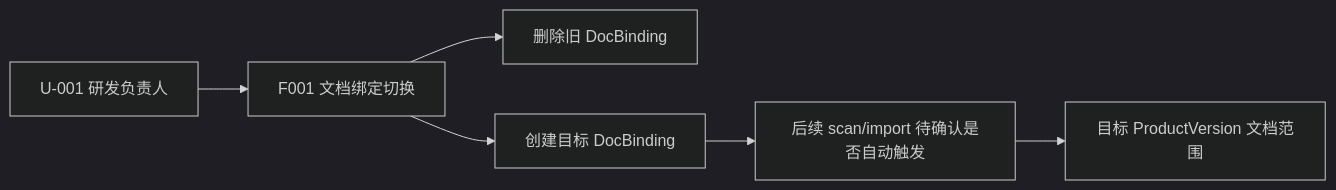
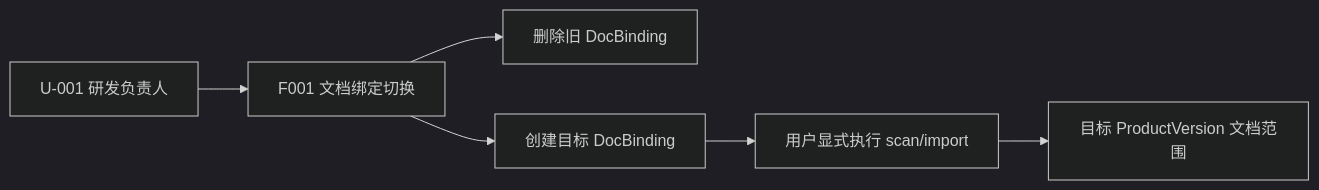
Before and after one commit to XuJiachengZust/NeoDev: the third of 4 diagrams in docs/requirements/doc-binding-switch/01-master-prd.md, drawn with Mermaid (dark theme). The commit also changed other lines of this file and 4 other files, not shown here.

````diff
--- a/docs/requirements/doc-binding-switch/01-master-prd.md
+++ b/docs/requirements/doc-binding-switch/01-master-prd.md
@@ -169,8 +175,8 @@
 ```mermaid
 flowchart LR
   User[U-001 研发负责人] --> Switch[F001 文档绑定切换]
   Switch --> DeleteOld[删除旧 DocBinding]
   Switch --> CreateNew[创建目标 DocBinding]
-  CreateNew --> ScanImport[后续 scan/import 待确认是否自动触发]
-  ScanImport --> VersionDocs[目标 ProductVersion 文档范围]
+  CreateNew --> ManualScanImport[用户显式执行 scan/import]
+  ManualScanImport --> VersionDocs[目标 ProductVersion 文档范围]
 ```
````
